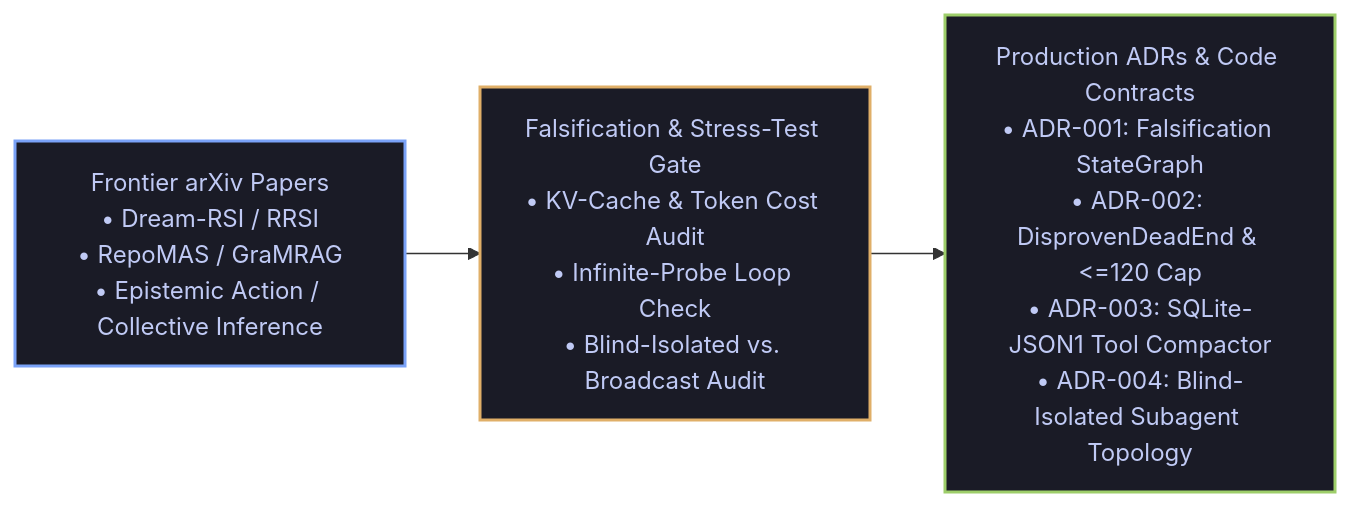
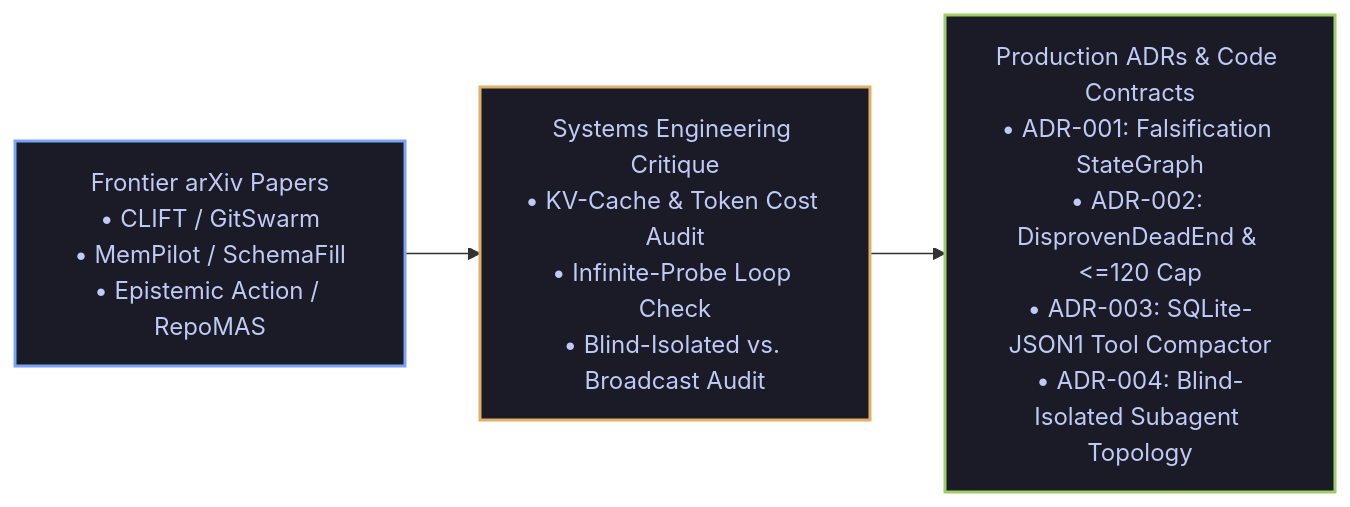
One commit to mariohu-fde/agentic-systems-radar changed the diagram in README.md. Above: the diagram before and after it, drawn with Mermaid. The commit also changed other lines of this file and 6 other files, not shown here.

Commit message:
docs(radar): add Oct 2026 arXiv paper digests (CLIFT, GitSwarm, MemPilot, SchemaFill) and ADR-004

````diff
--- a/README.md
+++ b/README.md
@@ -18,12 +18,12 @@
 ```mermaid
 flowchart LR
     classDef paper fill:#1a1b26,stroke:#7aa2f7,stroke-width:2px,color:#c0caf5;
     classDef gate fill:#1a1b26,stroke:#e0af68,stroke-width:2px,color:#c0caf5;
     classDef prod fill:#1a1b26,stroke:#9ece6a,stroke-width:2px,color:#c0caf5;
 
-    P["Frontier arXiv Papers<br/>• Dream-RSI / RRSI<br/>• RepoMAS / GraMRAG<br/>• Epistemic Action / Collective Inference"]:::paper
-    G["Falsification & Stress-Test Gate<br/>• KV-Cache & Token Cost Audit<br/>• Infinite-Probe Loop Check<br/>• Blind-Isolated vs. Broadcast Audit"]:::gate
+    P["Frontier arXiv Papers<br/>• CLIFT / GitSwarm<br/>• MemPilot / SchemaFill<br/>• Epistemic Action / RepoMAS"]:::paper
+    G["Systems Engineering Critique<br/>• KV-Cache & Token Cost Audit<br/>• Infinite-Probe Loop Check<br/>• Blind-Isolated vs. Broadcast Audit"]:::gate
     C["Production ADRs & Code Contracts<br/>• ADR-001: Falsification StateGraph<br/>• ADR-002: DisprovenDeadEnd & <=120 Cap<br/>• ADR-003: SQLite-JSON1 Tool Compactor<br/>• ADR-004: Blind-Isolated Subagent Topology"]:::prod
 
     P --> G --> C
 ```
````
